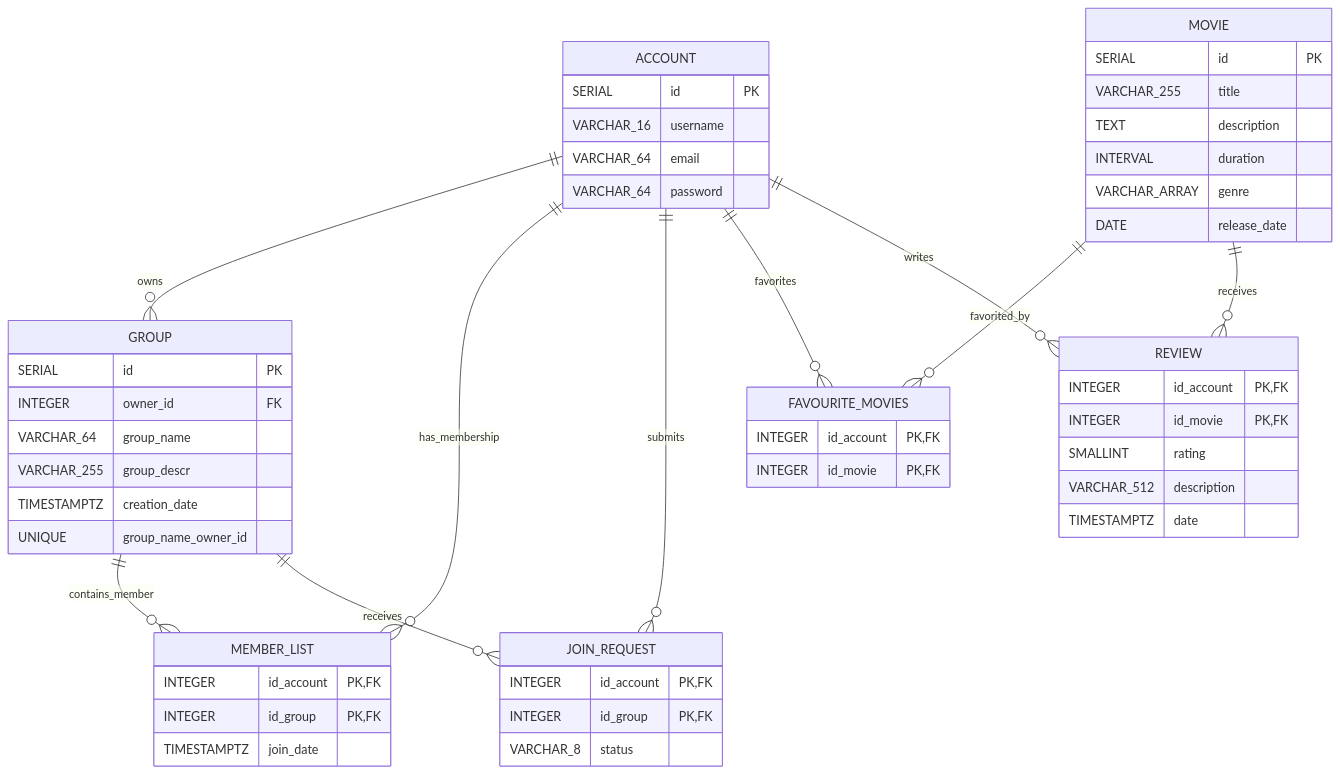
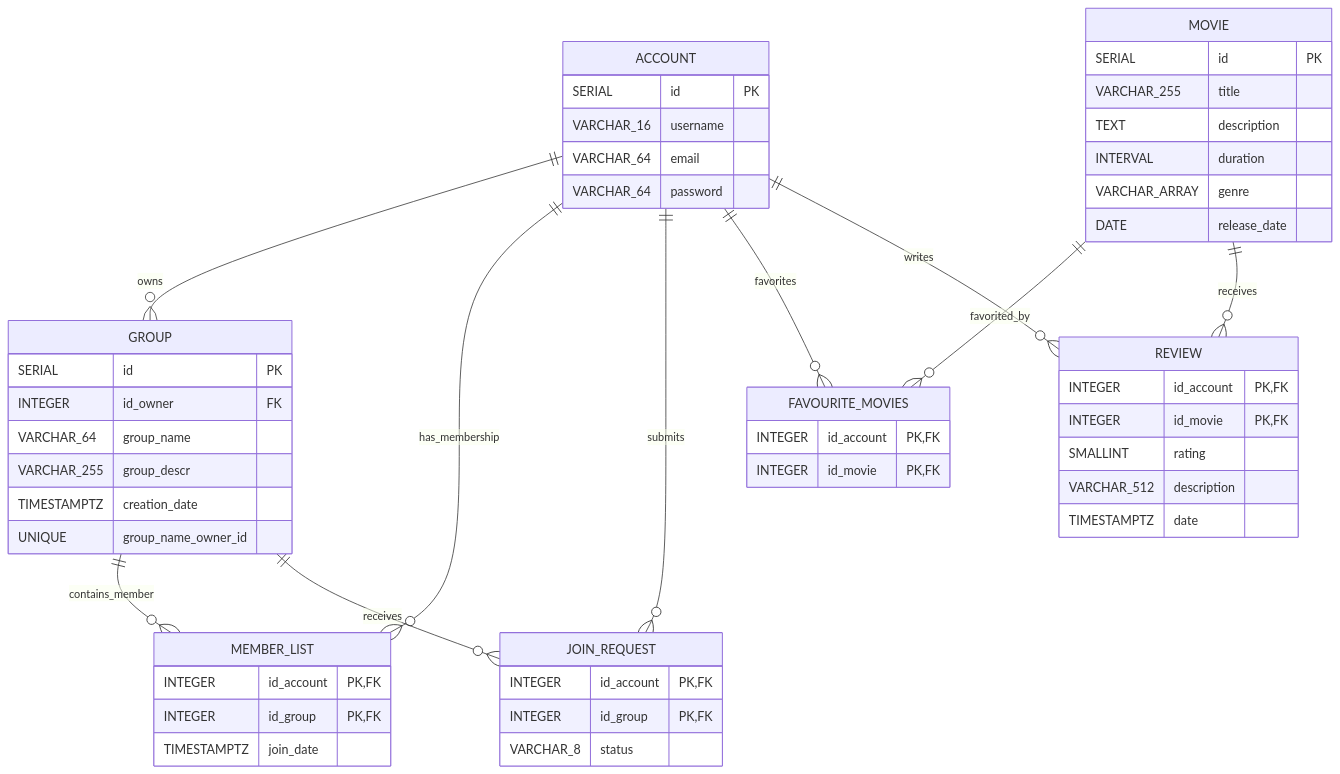
Before and after one commit to 25KMO-WebProject/TheRedCarpet: the first of 2 diagrams in README.md, drawn with Mermaid. The commit also changed other lines of this file and 9 other files, not shown here.

````diff
--- a/README.md
+++ b/README.md
@@ -32,74 +32,74 @@
 ```mermaid
 erDiagram
 
     ACCOUNT {
         SERIAL id PK
         VARCHAR_16 username
         VARCHAR_64 email
         VARCHAR_64 password
     }
 
     GROUP {
         SERIAL id PK
-        INTEGER owner_id FK
+        INTEGER id_owner FK
         VARCHAR_64 group_name
         VARCHAR_255 group_descr
         TIMESTAMPTZ creation_date
 
         UNIQUE group_name_owner_id
     }
 
     MEMBER_LIST {
         INTEGER id_account PK,FK
         INTEGER id_group PK,FK
         TIMESTAMPTZ join_date
     }
 
     JOIN_REQUEST {
         INTEGER id_account PK,FK
         INTEGER id_group PK,FK
         VARCHAR_8 status
     }
 
     MOVIE {
         SERIAL id PK
         VARCHAR_255 title
         TEXT description
         INTERVAL duration
         VARCHAR_ARRAY genre
         DATE release_date
     }
 
     FAVOURITE_MOVIES {
         INTEGER id_account PK,FK
         INTEGER id_movie PK,FK
     }
 
     REVIEW {
         INTEGER id_account PK,FK
         INTEGER id_movie PK,FK
         SMALLINT rating
         VARCHAR_512 description
         TIMESTAMPTZ date
     }
 
 
     %% Group ownership
     ACCOUNT ||--o{ GROUP : owns
 
     %% Memberships
     ACCOUNT ||--o{ MEMBER_LIST : has_membership
     GROUP ||--o{ MEMBER_LIST : contains_member
 
     %% Join requests
     ACCOUNT ||--o{ JOIN_REQUEST : submits
     GROUP ||--o{ JOIN_REQUEST : receives
 
     %% Favourite movies
     ACCOUNT ||--o{ FAVOURITE_MOVIES : favorites
     MOVIE ||--o{ FAVOURITE_MOVIES : favorited_by
 
     %% Reviews
     ACCOUNT ||--o{ REVIEW : writes
     MOVIE ||--o{ REVIEW : receives
 ```
````
